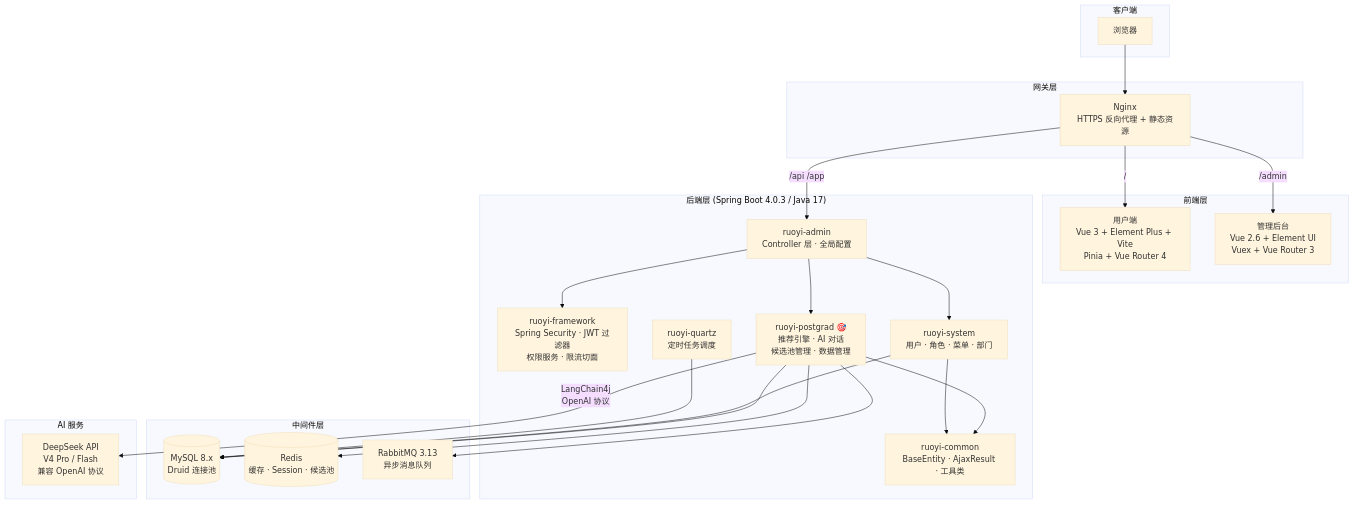
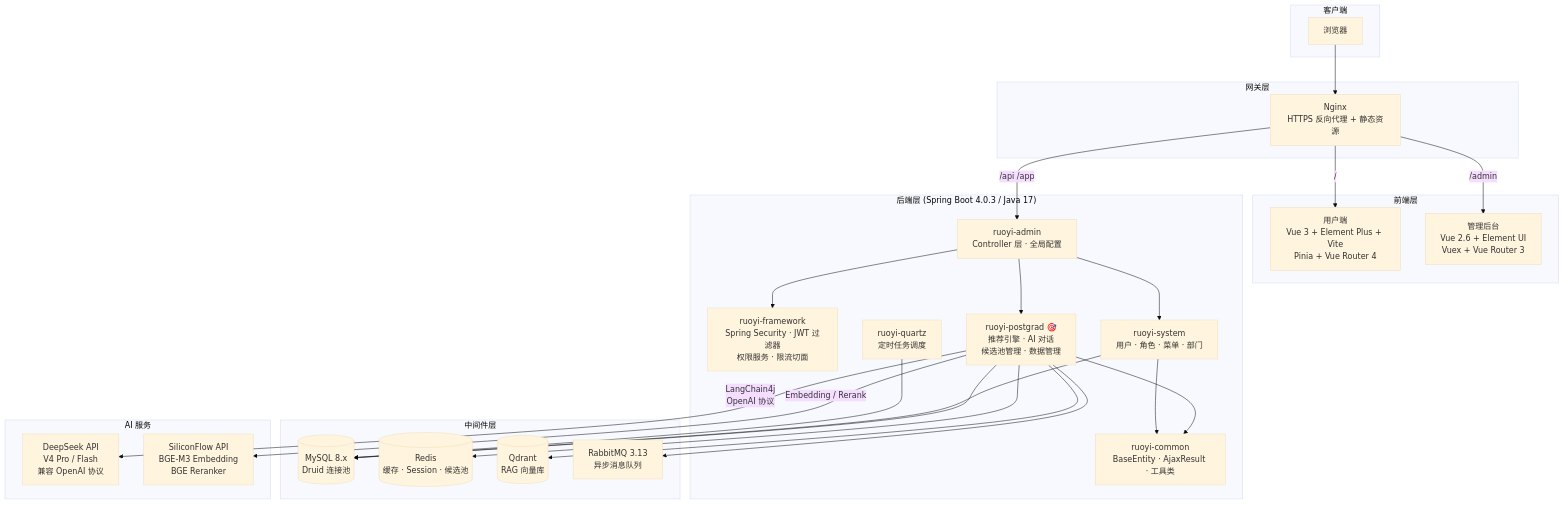
The first of 3 diagrams in README.md (DYH414/postgrad_selector), drawn with Mermaid (base theme) before and after one commit. The commit also changed other lines of this file and 10 other files, not shown here.

````diff
--- a/README.md
+++ b/README.md
@@ -41,50 +41,54 @@
 ```mermaid
 graph TB
     subgraph 客户端["客户端"]
         Browser["浏览器"]
     end
 
     subgraph 网关["网关层"]
         Nginx["Nginx<br/>HTTPS 反向代理 + 静态资源"]
     end
 
     subgraph 前端["前端层"]
         UserUI["用户端<br/>Vue 3 + Element Plus + Vite<br/>Pinia + Vue Router 4"]
         AdminUI["管理后台<br/>Vue 2.6 + Element UI<br/>Vuex + Vue Router 3"]
     end
 
     subgraph 后端["后端层 (Spring Boot 4.0.3 / Java 17)"]
         AdminModule["ruoyi-admin<br/>Controller 层 · 全局配置"]
         Framework["ruoyi-framework<br/>Spring Security · JWT 过滤器<br/>权限服务 · 限流切面"]
         Postgrad["ruoyi-postgrad 🎯<br/>推荐引擎 · AI 对话<br/>候选池管理 · 数据管理"]
         SystemModule["ruoyi-system<br/>用户 · 角色 · 菜单 · 部门"]
         Common["ruoyi-common<br/>BaseEntity · AjaxResult · 工具类"]
         Quartz["ruoyi-quartz<br/>定时任务调度"]
     end
 
     subgraph 中间件["中间件层"]
         MySQL[("MySQL 8.x<br/>Druid 连接池")]
         Redis[("Redis<br/>缓存 · Session · 候选池")]
+        Qdrant[("Qdrant<br/>RAG 向量库")]
         RabbitMQ["RabbitMQ 3.13<br/>异步消息队列"]
     end
 
     subgraph AI["AI 服务"]
         DeepSeek["DeepSeek API<br/>V4 Pro / Flash<br/>兼容 OpenAI 协议"]
+        SiliconFlow["SiliconFlow API<br/>BGE-M3 Embedding<br/>BGE Reranker"]
     end
 
     Browser --> Nginx
     Nginx -->|"/"| UserUI
     Nginx -->|"/admin"| AdminUI
     Nginx -->|"/api /app"| AdminModule
     AdminModule --> Framework
     AdminModule --> Postgrad
     AdminModule --> SystemModule
     Postgrad --> Common
     SystemModule --> Common
     Postgrad --> MySQL
     Postgrad --> Redis
+    Postgrad --> Qdrant
     Postgrad --> RabbitMQ
     Postgrad -->|"LangChain4j<br/>OpenAI 协议"| DeepSeek
+    Postgrad -->|"Embedding / Rerank"| SiliconFlow
     SystemModule --> MySQL
     Quartz --> MySQL
 ```
````
